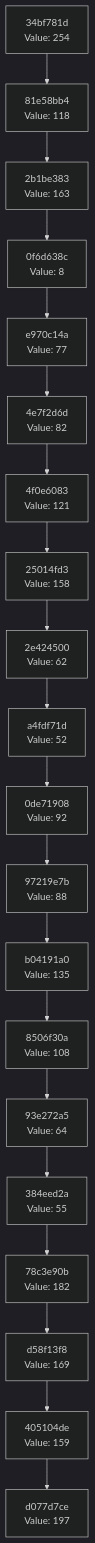
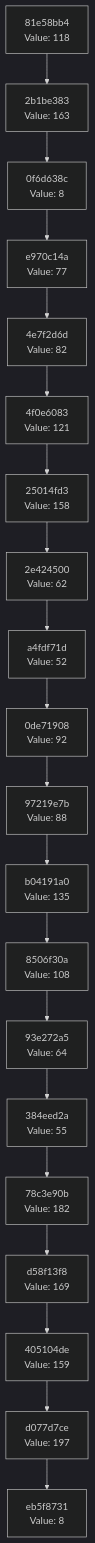
Before and after one commit to Abhisheksinha1506/hash-chain-evolver: the diagram in docs/CHAIN_VISUALIZATION.md, drawn with Mermaid (dark theme). The commit also changed 3 other files, not shown here.

````diff
--- a/docs/CHAIN_VISUALIZATION.md
+++ b/docs/CHAIN_VISUALIZATION.md
@@ -3,42 +3,42 @@
 ```mermaid
 graph TD
-    C0["d077d7ce<br/>Value: 197"]
-    C1["405104de<br/>Value: 159"]
+    C0["eb5f8731<br/>Value: 8"]
+    C1["d077d7ce<br/>Value: 197"]
     C1 --> C0
-    C2["d58f13f8<br/>Value: 169"]
+    C2["405104de<br/>Value: 159"]
     C2 --> C1
-    C3["78c3e90b<br/>Value: 182"]
+    C3["d58f13f8<br/>Value: 169"]
     C3 --> C2
-    C4["384eed2a<br/>Value: 55"]
+    C4["78c3e90b<br/>Value: 182"]
     C4 --> C3
-    C5["93e272a5<br/>Value: 64"]
+    C5["384eed2a<br/>Value: 55"]
     C5 --> C4
-    C6["8506f30a<br/>Value: 108"]
+    C6["93e272a5<br/>Value: 64"]
     C6 --> C5
-    C7["b04191a0<br/>Value: 135"]
+    C7["8506f30a<br/>Value: 108"]
     C7 --> C6
-    C8["97219e7b<br/>Value: 88"]
+    C8["b04191a0<br/>Value: 135"]
     C8 --> C7
-    C9["0de71908<br/>Value: 92"]
+    C9["97219e7b<br/>Value: 88"]
     C9 --> C8
-    C10["a4fdf71d<br/>Value: 52"]
+    C10["0de71908<br/>Value: 92"]
     C10 --> C9
-    C11["2e424500<br/>Value: 62"]
+    C11["a4fdf71d<br/>Value: 52"]
     C11 --> C10
-    C12["25014fd3<br/>Value: 158"]
+    C12["2e424500<br/>Value: 62"]
     C12 --> C11
-    C13["4f0e6083<br/>Value: 121"]
+    C13["25014fd3<br/>Value: 158"]
     C13 --> C12
-    C14["4e7f2d6d<br/>Value: 82"]
+    C14["4f0e6083<br/>Value: 121"]
     C14 --> C13
-    C15["e970c14a<br/>Value: 77"]
+    C15["4e7f2d6d<br/>Value: 82"]
     C15 --> C14
-    C16["0f6d638c<br/>Value: 8"]
+    C16["e970c14a<br/>Value: 77"]
     C16 --> C15
-    C17["2b1be383<br/>Value: 163"]
+    C17["0f6d638c<br/>Value: 8"]
     C17 --> C16
-    C18["81e58bb4<br/>Value: 118"]
+    C18["2b1be383<br/>Value: 163"]
     C18 --> C17
-    C19["34bf781d<br/>Value: 254"]
+    C19["81e58bb4<br/>Value: 118"]
     C19 --> C18
 ```
````
